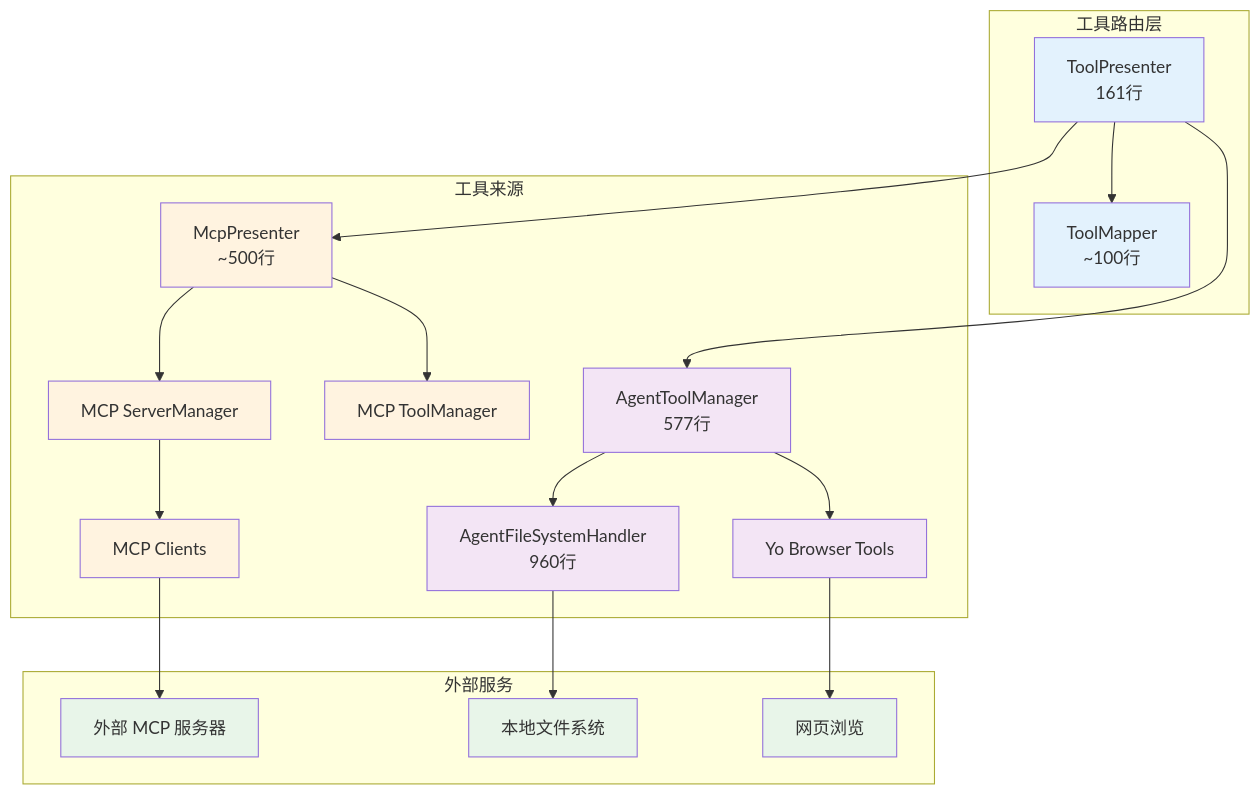
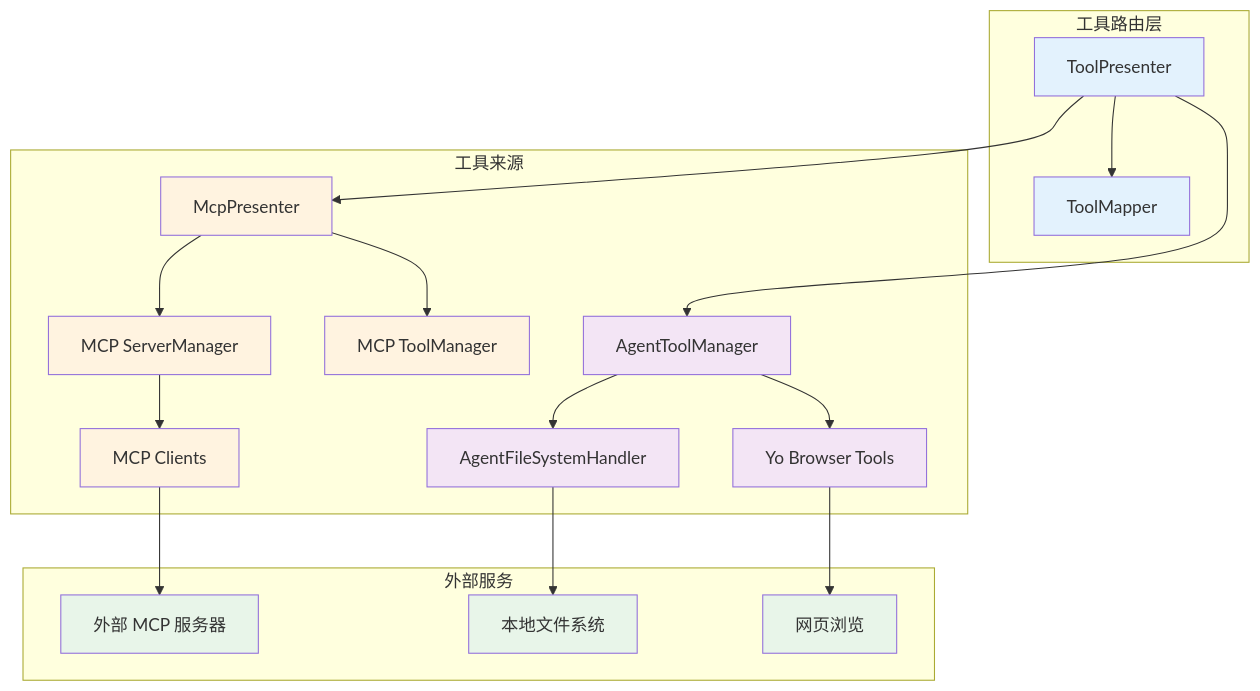
One commit to wangle201210/deepchat changed the first of 5 diagrams in docs/architecture/tool-system.md. Above: the diagram before and after it, drawn with Mermaid. The commit also changed other lines of this file and 3 other files, not shown here.

First line of the commit message:
docs: clean up architecture docs and add usePresenter IPC pattern

````diff
--- a/docs/architecture/tool-system.md
+++ b/docs/architecture/tool-system.md
@@ -17,49 +17,49 @@
 ```mermaid
 graph TB
     subgraph "工具路由层"
-        ToolP[ToolPresenter<br/>161行]
-        Mapper[ToolMapper<br/>~100行]
+        ToolP[ToolPresenter]
+        Mapper[ToolMapper]
     end
 
     subgraph "工具来源"
-        McpP[McpPresenter<br/>~500行]
+        McpP[McpPresenter]
         ServerMgr[MCP ServerManager]
         ToolMgr[MCP ToolManager]
         McpClient[MCP Clients]
 
-        AgentToolMgr[AgentToolManager<br/>577行]
-        FsHandler[AgentFileSystemHandler<br/>960行]
+        AgentToolMgr[AgentToolManager]
+        FsHandler[AgentFileSystemHandler]
         Browser[Yo Browser Tools]
     end
 
     subgraph "外部服务"
         MCPServers[外部 MCP 服务器]
         Files[本地文件系统]
         Web[网页浏览]
     end
 
     ToolP --> Mapper
     ToolP --> McpP
     ToolP --> AgentToolMgr
 
     McpP --> ServerMgr
     McpP --> ToolMgr
     ServerMgr --> McpClient
     McpClient --> MCPServers
 
     AgentToolMgr --> FsHandler
     AgentToolMgr --> Browser
 
     FsHandler --> Files
     Browser --> Web
 
     classDef router fill:#e3f2fd
     classDef mcp fill:#fff3e0
     classDef agent fill:#f3e5f5
     classDef external fill:#e8f5e9
 
     class ToolP,Mapper router
     class McpP,ServerMgr,ToolMgr,McpClient mcp
     class AgentToolMgr,FsHandler,Browser agent
     class MCPServers,Files,Web external
 ```
````
